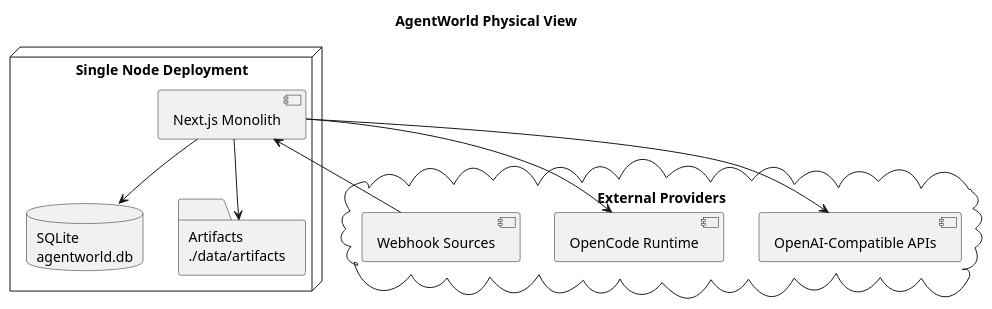
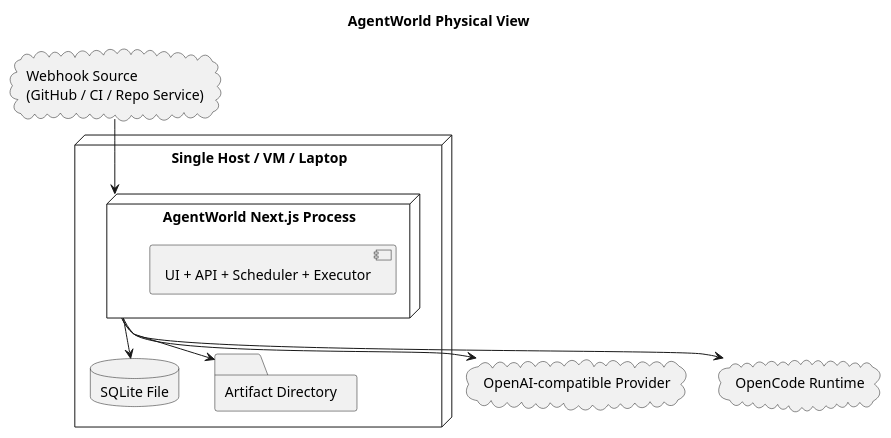
The fifth of 7 diagrams in docs/detailed-design.en.md (SimonMing47/agent-world), drawn with PlantUML before and after one commit. The commit also changed other lines of this file and 29 other files, not shown here.

````diff
--- a/docs/detailed-design.en.md
+++ b/docs/detailed-design.en.md
@@ -1020,24 +1183,23 @@
 ```plantuml
 @startuml
 title AgentWorld Physical View
+node "Single Host / VM / Laptop" {
+  node "AgentWorld Next.js Process" {
+    component "UI + API + Scheduler + Executor"
+  }
 
-node "Single Node Deployment" {
-  component "Next.js Monolith"
-  database "SQLite\nagentworld.db"
-  folder "Artifacts\n./data/artifacts"
+  database "SQLite File"
+  folder "Artifact Directory"
 }
 
-cloud "External Providers" {
-  component "OpenAI-Compatible APIs"
-  component "OpenCode Runtime"
-  component "Webhook Sources"
-}
+cloud "OpenAI-compatible Provider" as Provider
+cloud "OpenCode Runtime" as Runtime
+cloud "Webhook Source\n(GitHub / CI / Repo Service)" as Webhook
 
-"Next.js Monolith" --> "SQLite\nagentworld.db"
-"Next.js Monolith" --> "Artifacts\n./data/artifacts"
-"Next.js Monolith" --> "OpenAI-Compatible APIs"
-"Next.js Monolith" --> "OpenCode Runtime"
-"Webhook Sources" --> "Next.js Monolith"
-
+"AgentWorld Next.js Process" --> "SQLite File"
+"AgentWorld Next.js Process" --> "Artifact Directory"
+"AgentWorld Next.js Process" --> Provider
+"AgentWorld Next.js Process" --> Runtime
+Webhook --> "AgentWorld Next.js Process"
 @enduml
 ```
````
